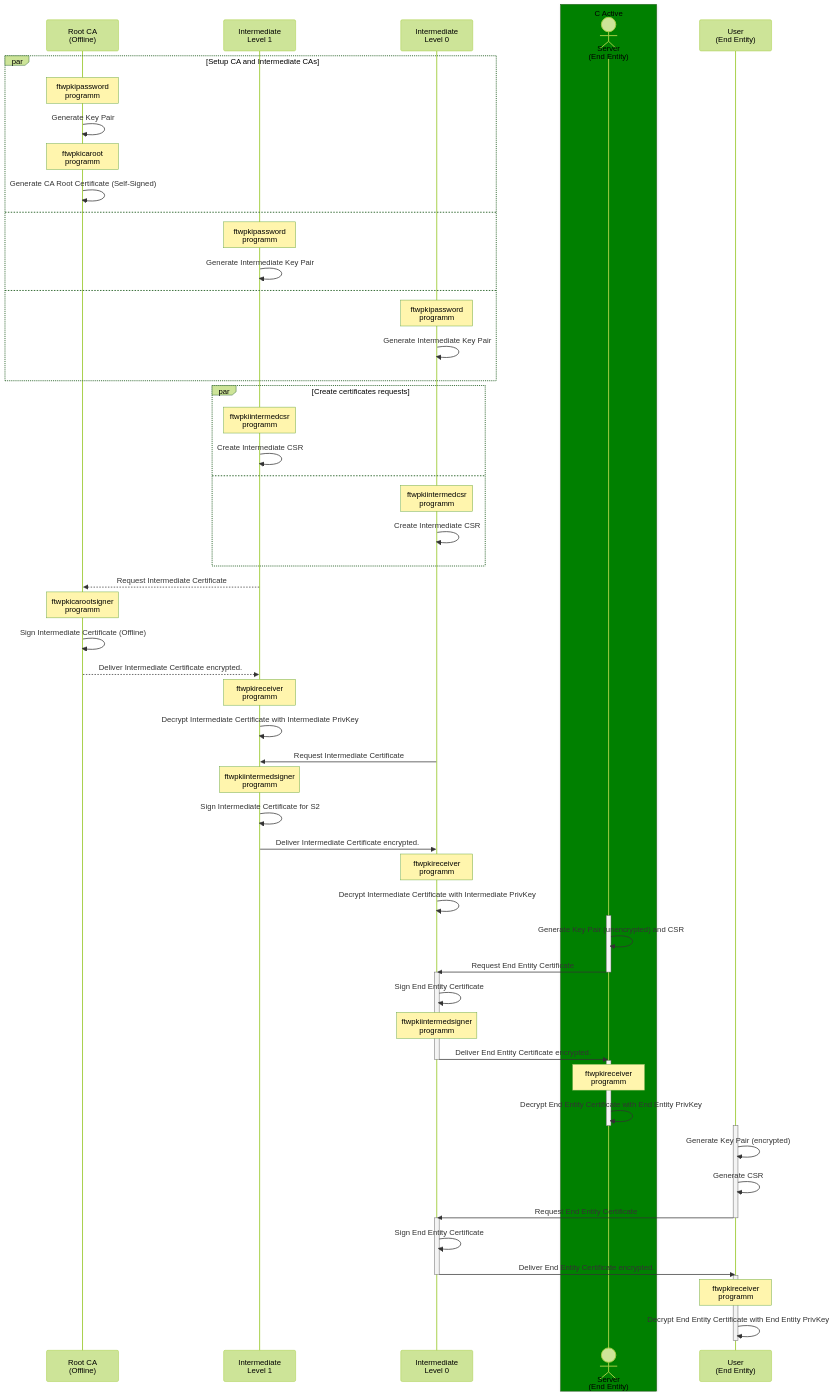
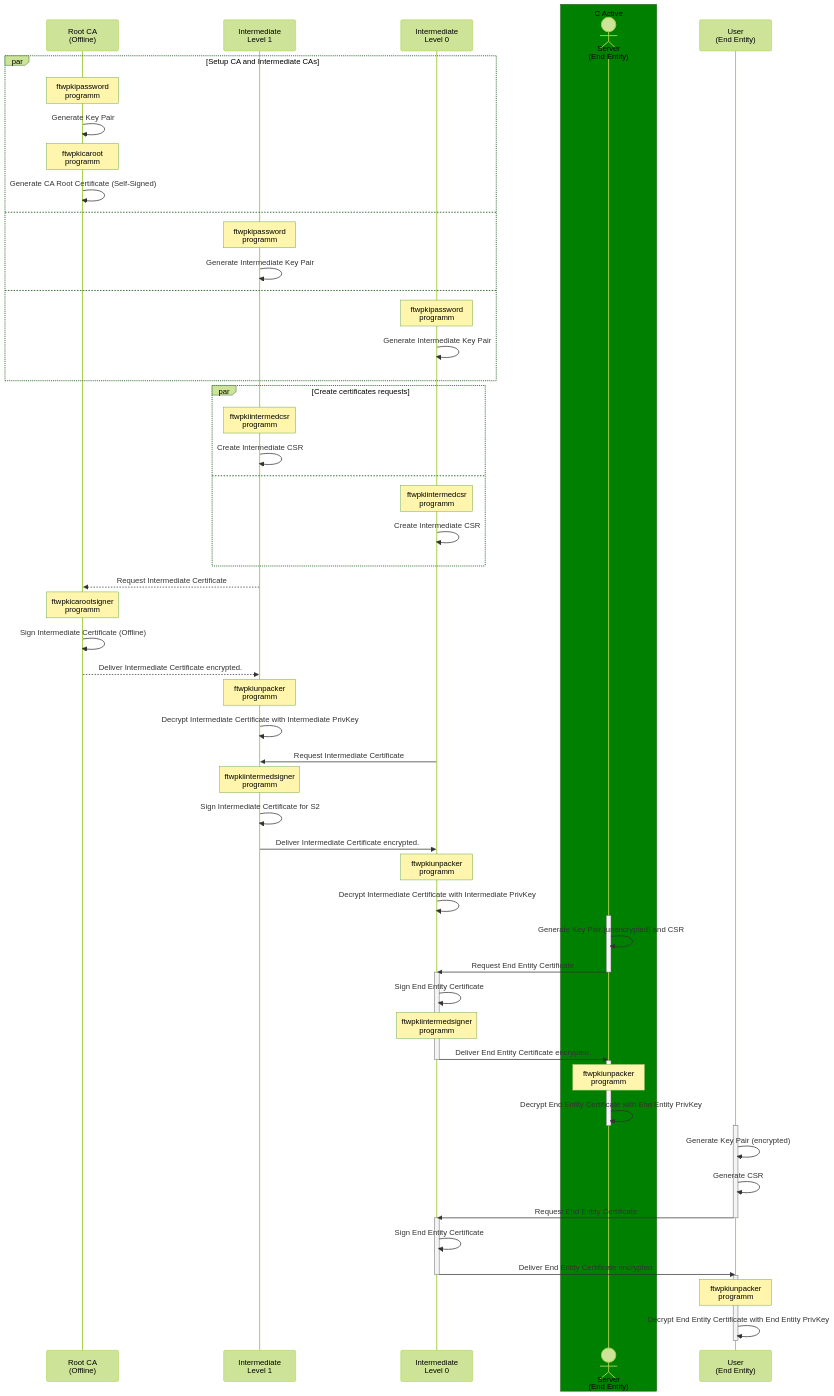
Before and after one commit to fitzz-ftw/ftw-pki-server: the first of 2 diagrams in doc/source/user/sequenz-diagram-full.rst, drawn with Mermaid (forest theme). The commit also changed other lines of this file and 5 other files, not shown here.

```diff
--- a/doc/source/user/sequenz-diagram-full.rst
+++ b/doc/source/user/sequenz-diagram-full.rst
@@ -44,13 +44,13 @@
         CA->>CA: Sign Intermediate Certificate (Offline)
         CA-->>S1: Deliver Intermediate Certificate encrypted.
         %% destroy CA
-        note over S1: ftwpkireceiver <br/> programm
+        note over S1: ftwpkiunpacker <br/> programm
         S1->>S1: Decrypt Intermediate Certificate with Intermediate PrivKey
         S2->>S1: Request Intermediate Certificate
         note over S1: ftwpkiintermedsigner <br/> programm
         S1->>S1: Sign Intermediate Certificate for S2
         S1->>S2: Deliver Intermediate Certificate encrypted.
-        note over S2: ftwpkireceiver <br/> programm
+        note over S2: ftwpkiunpacker <br/> programm
         S2->>S2: Decrypt Intermediate Certificate with Intermediate PrivKey   
 
         %% create participant C as Client (End Entity)
@@ -67,7 +67,7 @@
         deactivate S2
 
         activate C
-        note over C: ftwpkireceiver <br/> programm
+        note over C: ftwpkiunpacker <br/> programm
         C->>C: Decrypt End Entity Certificate with End Entity PrivKey
         deactivate C
 
@@ -83,6 +83,6 @@
         S2->>U: Deliver End Entity Certificate encrypted.
         deactivate S2
         activate U
-        note over U: ftwpkireceiver <br/> programm
+        note over U: ftwpkiunpacker <br/> programm
         U->>U: Decrypt End Entity Certificate with End Entity PrivKey
         deactivate U
```
